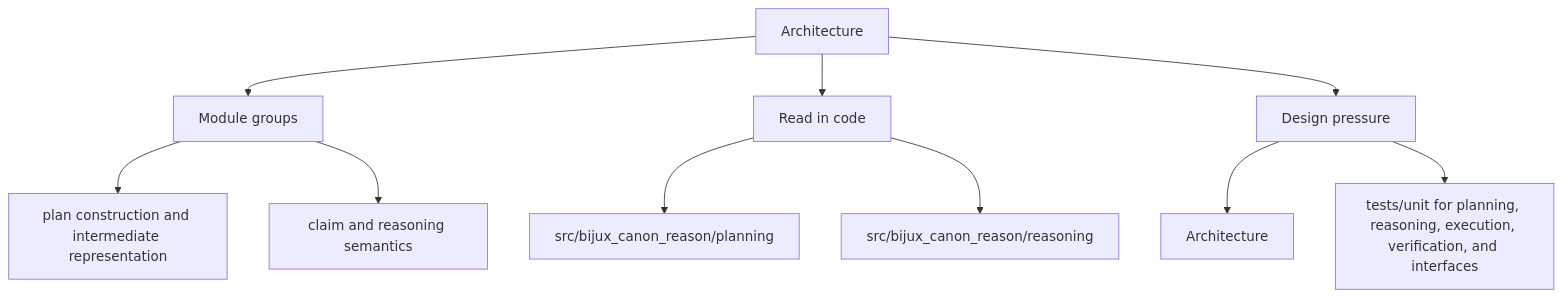
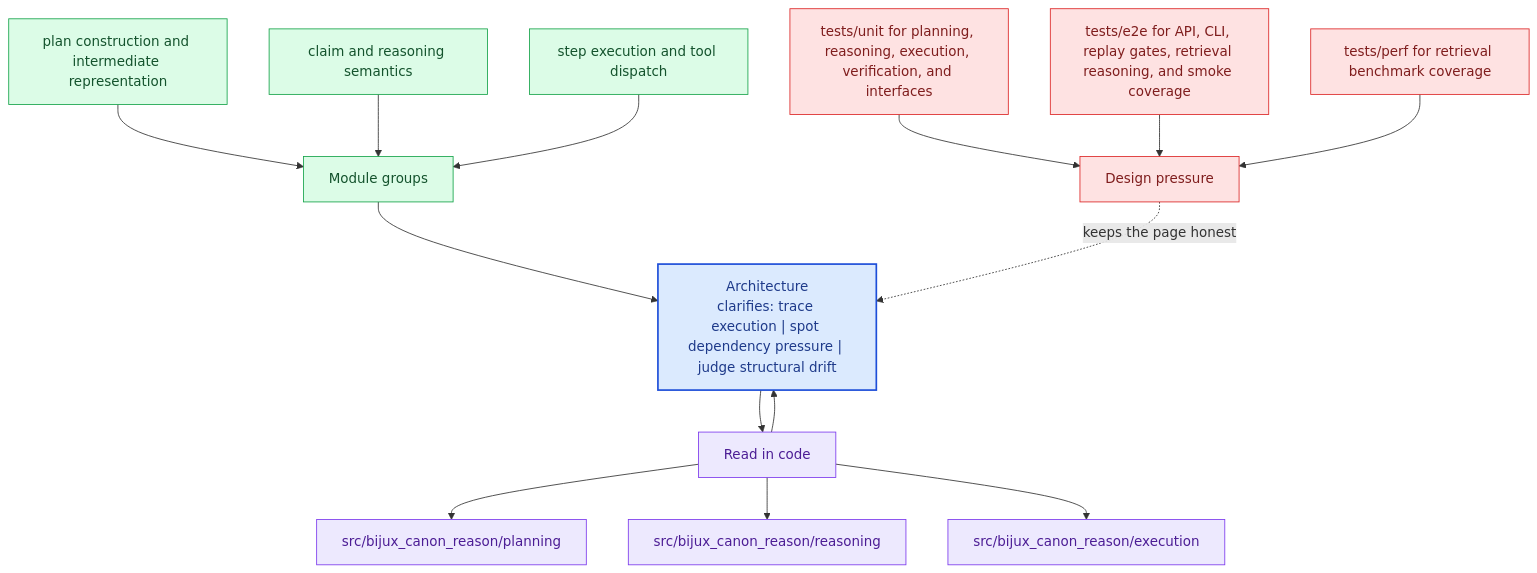
One commit to bijux/bijux-canon changed the second of 2 diagrams in docs/bijux-canon-reason/architecture/index.md. Above: the diagram before and after it, drawn with Mermaid. The commit also changed other lines of this file and 281 other files, not shown here.

Commit message:
docs(diagrams): deepen handbook mermaid maps across the catalog

````diff
--- a/docs/bijux-canon-reason/architecture/index.md
+++ b/docs/bijux-canon-reason/architecture/index.md
@@ -32,22 +65,40 @@
 ```mermaid
-flowchart TD
-    page["Architecture"]
+flowchart TB
+    promise["Architecture<br/>clarifies: trace execution | spot dependency pressure | judge structural drift"]
+    classDef promise fill:#dbeafe,stroke:#1d4ed8,color:#1e3a8a,stroke-width:2px;
+    classDef driver fill:#dcfce7,stroke:#16a34a,color:#14532d;
+    classDef constraint fill:#fee2e2,stroke:#dc2626,color:#7f1d1d;
+    classDef ground fill:#ede9fe,stroke:#7c3aed,color:#4c1d95;
     focus1["Module groups"]
-    page --> focus1
+    focus1 --> promise
     focus1_1["plan construction and intermediate representation"]
-    focus1 --> focus1_1
+    focus1_1 --> focus1
     focus1_2["claim and reasoning semantics"]
-    focus1 --> focus1_2
+    focus1_2 --> focus1
+    focus1_3["step execution and tool dispatch"]
+    focus1_3 --> focus1
+    class focus1 driver;
+    class focus1_1,focus1_2,focus1_3 driver;
     focus2["Read in code"]
-    page --> focus2
+    focus2 --> promise
+    promise --> focus2
     focus2_1["src/bijux_canon_reason/planning"]
     focus2 --> focus2_1
     focus2_2["src/bijux_canon_reason/reasoning"]
     focus2 --> focus2_2
+    focus2_3["src/bijux_canon_reason/execution"]
+    focus2 --> focus2_3
+    class focus2 ground;
+    class focus2_1,focus2_2,focus2_3 ground;
     focus3["Design pressure"]
-    page --> focus3
-    focus3_1["Architecture"]
-    focus3 --> focus3_1
-    focus3_2["tests/unit for planning, reasoning, execution, verification, and interfaces"]
-    focus3 --> focus3_2
+    focus3 -.keeps the page honest.-> promise
+    focus3_1["tests/unit for planning, reasoning, execution, verification, and interfaces"]
+    focus3_1 --> focus3
+    focus3_2["tests/e2e for API, CLI, replay gates, retrieval reasoning, and smoke coverage"]
+    focus3_2 --> focus3
+    focus3_3["tests/perf for retrieval benchmark coverage"]
+    focus3_3 --> focus3
+    class focus3 constraint;
+    class focus3_1,focus3_2,focus3_3 constraint;
+    class promise promise;
 ```
````
